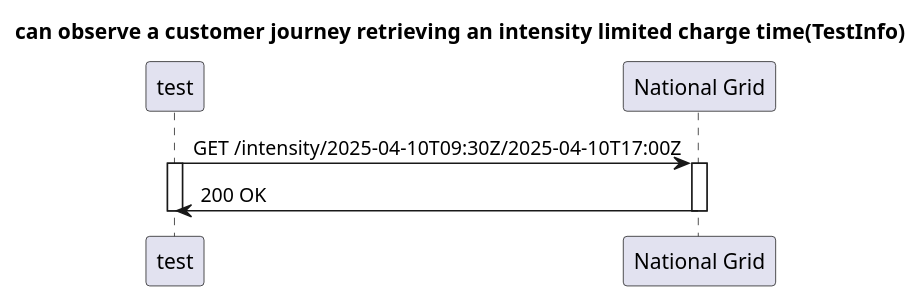
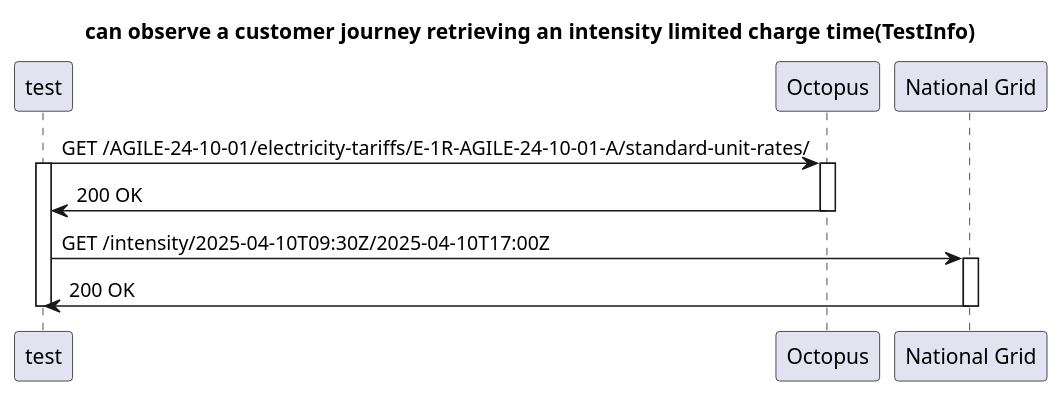
Before and after one commit to JamesWheadon/Carbon-Intensity: the diagram in WebApp/generated/can-observe-a-customer-journey-retrieving-an-intensity-limited-charge-time/sequence.puml, drawn with PlantUML. The commit also changed 9 other files, not shown here.

```diff
--- a/WebApp/generated/can-observe-a-customer-journey-retrieving-an-intensity-limited-charge-time/sequence.puml
+++ b/WebApp/generated/can-observe-a-customer-journey-retrieving-an-intensity-limited-charge-time/sequence.puml
@@ -1,11 +1,18 @@
 @startuml
 title can observe a customer journey retrieving an intensity limited charge time(TestInfo)
 participant "test"
+participant "Octopus"
 participant "National Grid"
+"test" -> "Octopus": GET /AGILE-24-10-01/electricity-tariffs/E-1R-AGILE-24-10-01-A/standard-unit-rates/
+activate "test"
+activate "Octopus"
+"Octopus" -> "test": 200 OK
+
+deactivate "Octopus"
 "test" -> "National Grid": GET /intensity/2025-04-10T09:30Z/2025-04-10T17:00Z
-activate "test"
+
 activate "National Grid"
 "National Grid" -> "test": 200 OK
 deactivate "test"
 deactivate "National Grid"
 @enduml
```
